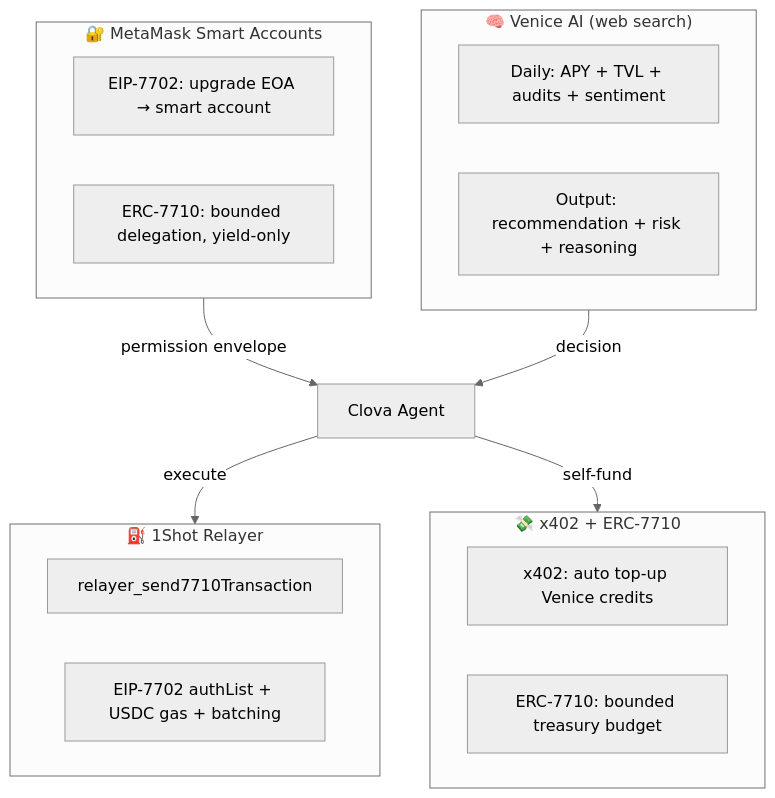
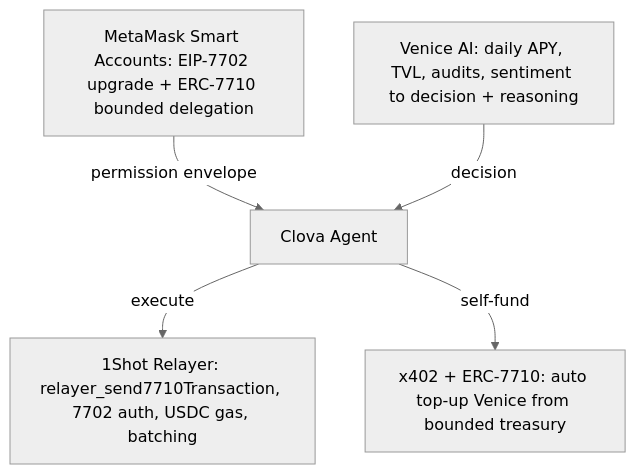
Before and after one commit to ClovaRepo/frontend: the second of 2 diagrams in docs/README.md, drawn with Mermaid (neutral theme). The commit also changed other lines of this file and 8 other files, not shown here.

First line of the commit message:
docs: harden mermaid for GitBook renderer

````diff
--- a/docs/README.md
+++ b/docs/README.md
@@ -67,24 +65,12 @@
 ```mermaid
 flowchart TB
-  subgraph MM["🔐 MetaMask Smart Accounts"]
-    M1["EIP-7702: upgrade EOA → smart account"]
-    M2["ERC-7710: bounded delegation, yield-only"]
-  end
-  subgraph VE["🧠 Venice AI (web search)"]
-    V1["Daily: APY + TVL + audits + sentiment"]
-    V2["Output: recommendation + risk + reasoning"]
-  end
-  subgraph OS["⛽ 1Shot Relayer"]
-    O1["relayer_send7710Transaction"]
-    O2["EIP-7702 authList + USDC gas + batching"]
-  end
-  subgraph X4["💸 x402 + ERC-7710"]
-    XX1["x402: auto top-up Venice credits"]
-    XX2["ERC-7710: bounded treasury budget"]
-  end
-
-  MM -->|"permission envelope"| AGENT["Clova Agent"]
-  VE -->|"decision"| AGENT
-  AGENT -->|"execute"| OS
-  AGENT -->|"self-fund"| X4
+  MM["MetaMask Smart Accounts: EIP-7702 upgrade + ERC-7710 bounded delegation"]
+  VE["Venice AI: daily APY, TVL, audits, sentiment to decision + reasoning"]
+  OS["1Shot Relayer: relayer_send7710Transaction, 7702 auth, USDC gas, batching"]
+  X4["x402 + ERC-7710: auto top-up Venice from bounded treasury"]
+  AGENT["Clova Agent"]
+  MM -->|permission envelope| AGENT
+  VE -->|decision| AGENT
+  AGENT -->|execute| OS
+  AGENT -->|self-fund| X4
 ```
````
